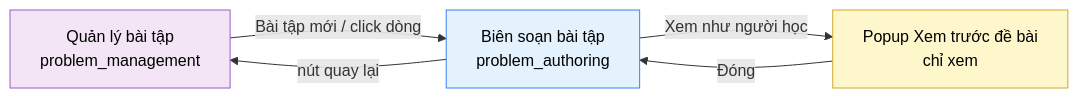
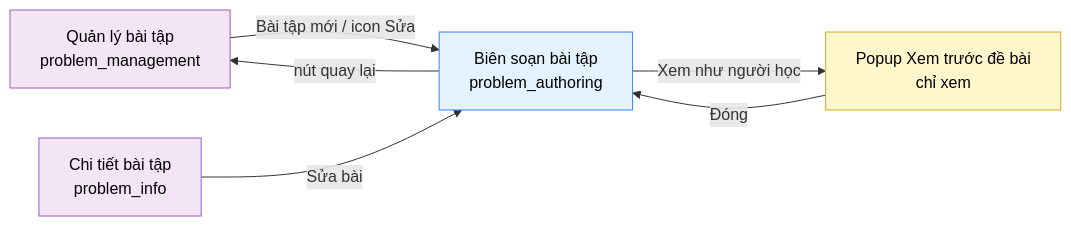
The diagram in 02-bd/screens/shared/SHR0202_problem_authoring.md (daiphu1801/PRJ_ALGOPREP), drawn with Mermaid before and after one commit. The commit also changed other lines of this file and 216 other files, not shown here.

````diff
--- a/02-bd/screens/shared/SHR0202_problem_authoring.md
+++ b/02-bd/screens/shared/SHR0202_problem_authoring.md
@@ -132,15 +161,16 @@
 ```mermaid
 flowchart LR
-    parent["Quản lý bài tập<br/>problem_management"] -->|"Bài tập mới / click dòng"| main["Biên soạn bài tập<br/>problem_authoring"]
+    parent["Quản lý bài tập<br/>problem_management"] -->|"Bài tập mới / icon Sửa"| main["Biên soạn bài tập<br/>problem_authoring"]
+    info["Chi tiết bài tập<br/>problem_info"] -->|"Sửa bài"| main
     main -->|"nút quay lại"| parent
     main -->|"Xem như người học"| preview["Popup Xem trước đề bài<br/>chỉ xem"]
     preview -->|"Đóng"| main
 
     classDef source fill:#F3E5F5,stroke:#9C5CC4,color:#000
     classDef screen fill:#E3F2FD,stroke:#3B82F6,color:#000
     classDef popup fill:#FFF7CC,stroke:#D4A72C,color:#000
 
-    class parent source
+    class parent,info source
     class main screen
     class preview popup
 ```
````
